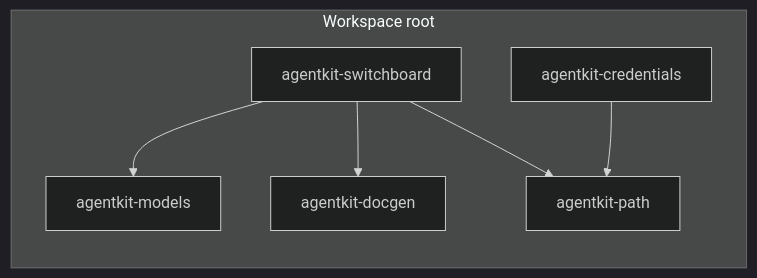
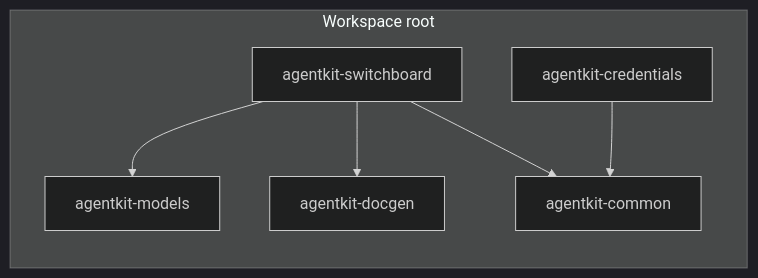
One commit to throwparty/agentkit changed the first of 3 diagrams in docs/docs/dev/switchboard/architecture.mdx. Above: the diagram before and after it, drawn with Mermaid (dark theme). The commit also changed other lines of this file and 13 other files, not shown here.

````diff
--- a/docs/docs/dev/switchboard/architecture.mdx
+++ b/docs/docs/dev/switchboard/architecture.mdx
@@ -5,15 +5,15 @@
 ```mermaid
 flowchart LR
     subgraph Workspace["Workspace root"]
         SB["agentkit-switchboard"]
         CR["agentkit-credentials"]
         MM["agentkit-models"]
         DG["agentkit-docgen"]
-        AP["agentkit-path"]
+        AP["agentkit-common"]
     end
 
     SB --> MM
     SB --> DG
     SB --> AP
     CR --> AP
 ```
````
